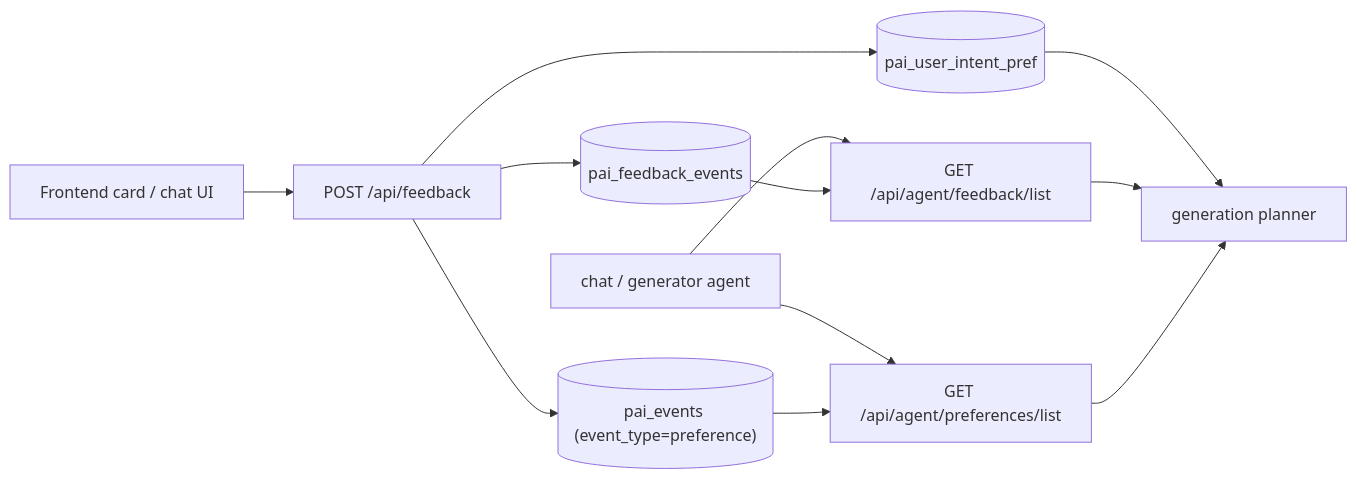
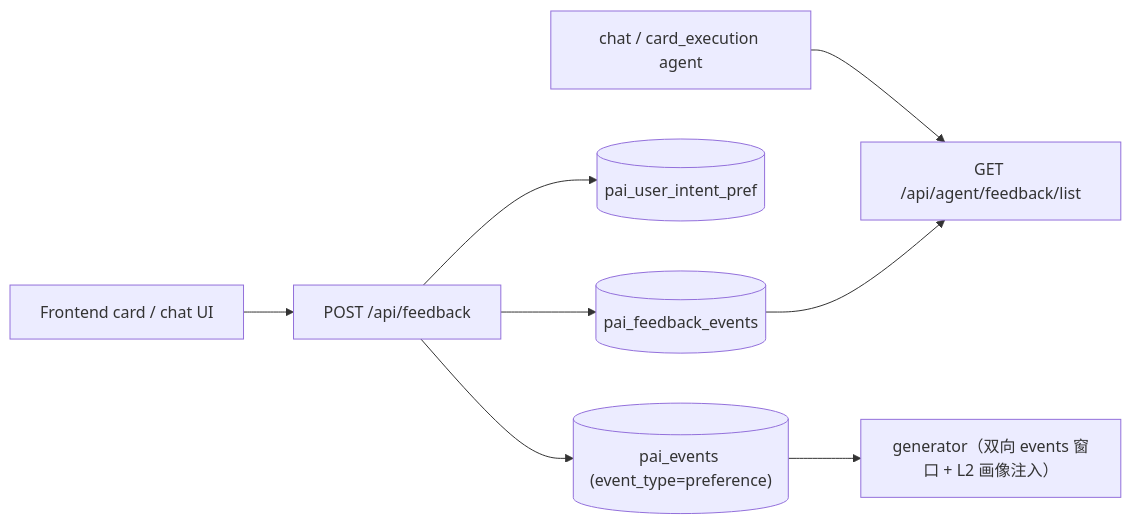
One commit to Edge-AI-HQ/proactive-assistant changed the first of 2 diagrams in docs/modules/feedback.mdx. Above: the diagram before and after it, drawn with Mermaid. The commit also changed other lines of this file and 9 other files, not shown here.

````diff
--- a/docs/modules/feedback.mdx
+++ b/docs/modules/feedback.mdx
@@ -16,14 +16,10 @@
 ```mermaid
 flowchart LR
   UI["Frontend card / chat UI"] --> Feedback["POST /api/feedback"]
   Feedback --> Events[("pai_feedback_events")]
   Feedback --> Fingerprint[("pai_user_intent_pref")]
   Feedback --> Prefs[("pai_events (event_type=preference)")]
-  Agent["chat / generator agent"] --> AgentFeedback["GET /api/agent/feedback/list"]
-  Agent --> AgentPrefs["GET /api/agent/preferences/list"]
+  Agent["chat / card_execution agent"] --> AgentFeedback["GET /api/agent/feedback/list"]
   Events --> AgentFeedback
-  Prefs --> AgentPrefs
-  Fingerprint --> Planner["generation planner"]
-  AgentFeedback --> Planner
-  AgentPrefs --> Planner
+  Prefs --> Gen["generator（双向 events 窗口 + L2 画像注入）"]
 ```
````
